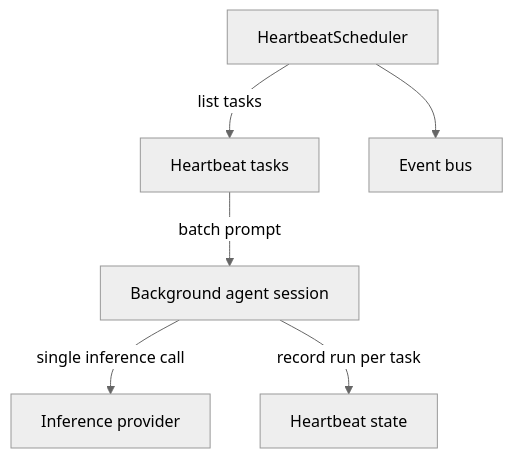
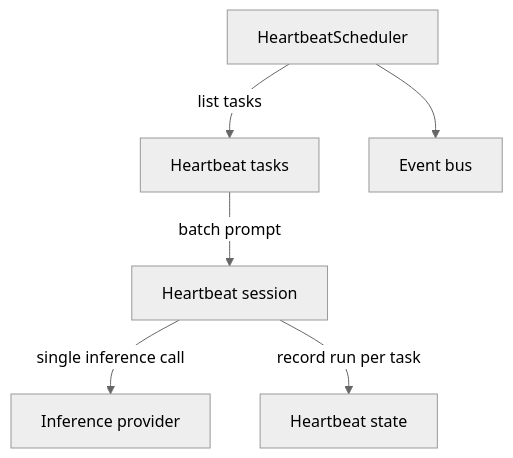
The second of 5 diagrams in docs/engine.md (ex3ndr/claybot), drawn with Mermaid (neutral theme) before and after one commit. The commit also changed other lines of this file and 3 other files, not shown here.

````diff
--- a/docs/engine.md
+++ b/docs/engine.md
@@ -68,8 +68,8 @@
 ```mermaid
 flowchart TD
   Scheduler[HeartbeatScheduler] -->|list tasks| Tasks[Heartbeat tasks]
-  Tasks -->|batch prompt| Agent[Background agent session]
-  Agent -->|single inference call| Provider[Inference provider]
-  Agent -->|record run per task| Store[Heartbeat state]
+  Tasks -->|batch prompt| HeartbeatSession[Heartbeat session]
+  HeartbeatSession -->|single inference call| Provider[Inference provider]
+  HeartbeatSession -->|record run per task| Store[Heartbeat state]
   Scheduler --> Events[Event bus]
 ```
````
